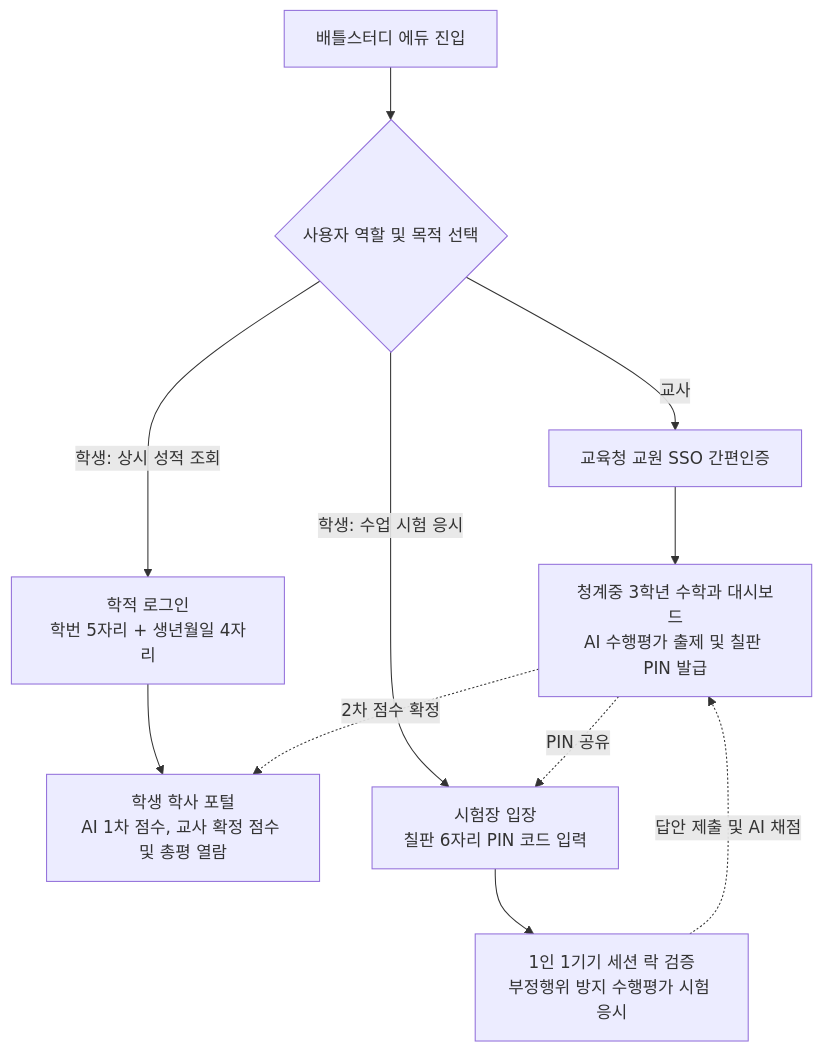
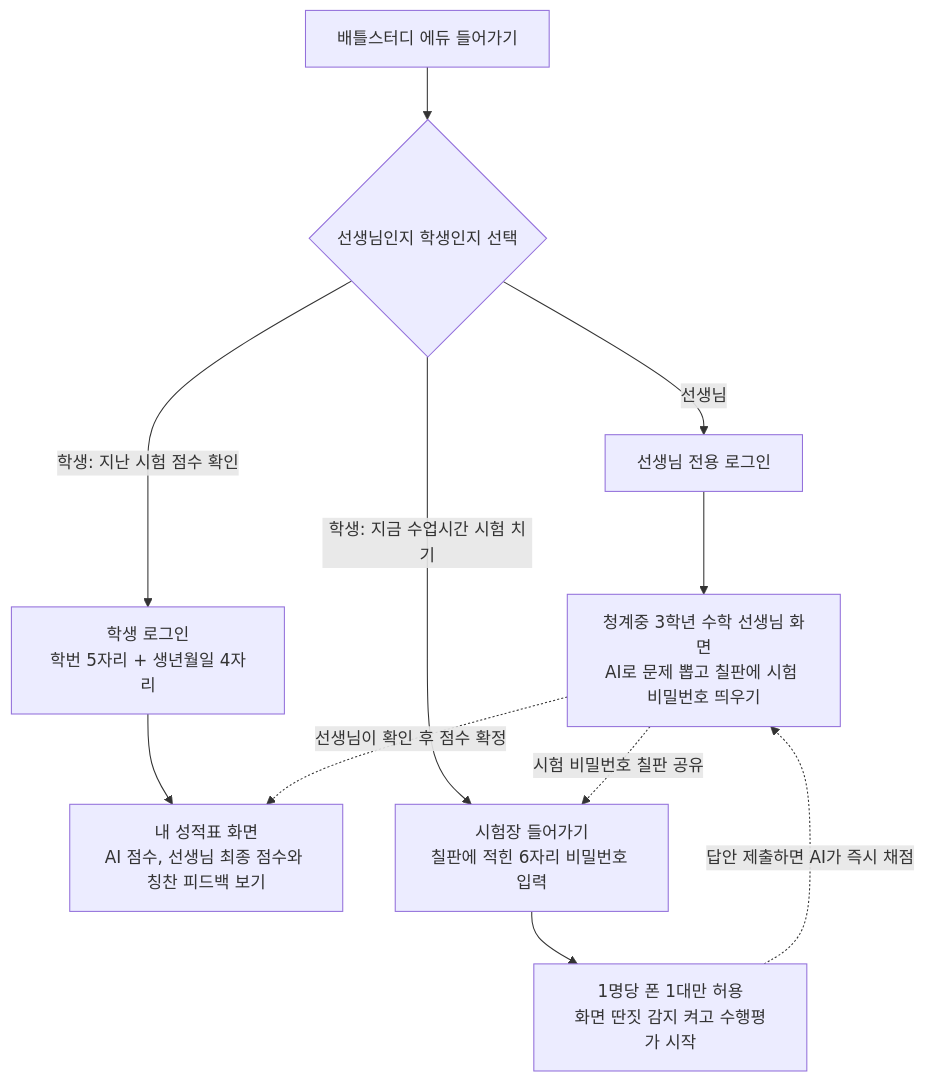
The second of 2 diagrams in docs/인증_모듈_순서도.md (yunha2604-hub/battle-study), drawn with Mermaid before and after one commit. The commit also changed other lines of this file, not shown here.

````diff
--- a/docs/인증_모듈_순서도.md
+++ b/docs/인증_모듈_순서도.md
@@ -61,21 +61,21 @@
 ```mermaid
 flowchart TD
-    START[배틀스터디 에듀 진입] --> SELECT{사용자 역할 및 목적 선택}
+    START[배틀스터디 에듀 들어가기] --> SELECT{선생님인지 학생인지 선택}
     
-    %% 1. 교원
-    SELECT -->|교사| T1[교육청 교원 SSO 간편인증]
-    T1 --> T2[청계중 3학년 수학과 대시보드<br/>AI 수행평가 출제 및 칠판 PIN 발급]
+    %% 1. 교사
+    SELECT -->|선생님| T1[선생님 전용 로그인]
+    T1 --> T2[청계중 3학년 수학 선생님 화면<br/>AI로 문제 뽑고 칠판에 시험 비밀번호 띄우기]
     
     %% 2. 학생 학사 포털
-    SELECT -->|학생: 상시 성적 조회| S1[학적 로그인<br/>학번 5자리 + 생년월일 4자리]
-    S1 --> S2[학생 학사 포털<br/>AI 1차 점수, 교사 확정 점수 및 총평 열람]
+    SELECT -->|학생: 지난 시험 점수 확인| S1[학생 로그인<br/>학번 5자리 + 생년월일 4자리]
+    S1 --> S2[내 성적표 화면<br/>AI 점수, 선생님 최종 점수와 칭찬 피드백 보기]
     
     %% 3. 학생 시험 응시
-    SELECT -->|학생: 수업 시험 응시| E1[시험장 입장<br/>칠판 6자리 PIN 코드 입력]
-    E1 --> E2[1인 1기기 세션 락 검증<br/>부정행위 방지 수행평가 시험 응시]
+    SELECT -->|학생: 지금 수업시간 시험 치기| E1[시험장 들어가기<br/>칠판에 적힌 6자리 비밀번호 입력]
+    E1 --> E2[1명당 폰 1대만 허용<br/>화면 딴짓 감지 켜고 수행평가 시작]
 
     %% 데이터 연동 관계
-    T2 -.->|PIN 공유| E1
-    E2 -.->|답안 제출 및 AI 채점| T2
-    T2 -.->|2차 점수 확정| S2
+    T2 -.->|시험 비밀번호 칠판 공유| E1
+    E2 -.->|답안 제출하면 AI가 즉시 채점| T2
+    T2 -.->|선생님이 확인 후 점수 확정| S2
 ```
````
